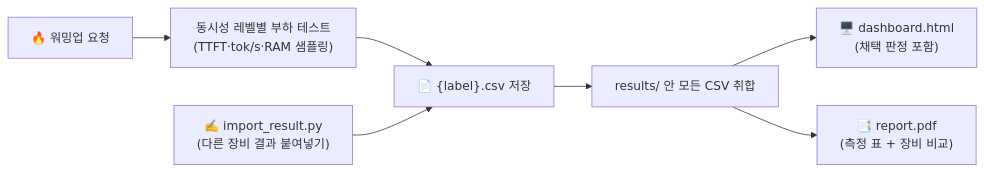
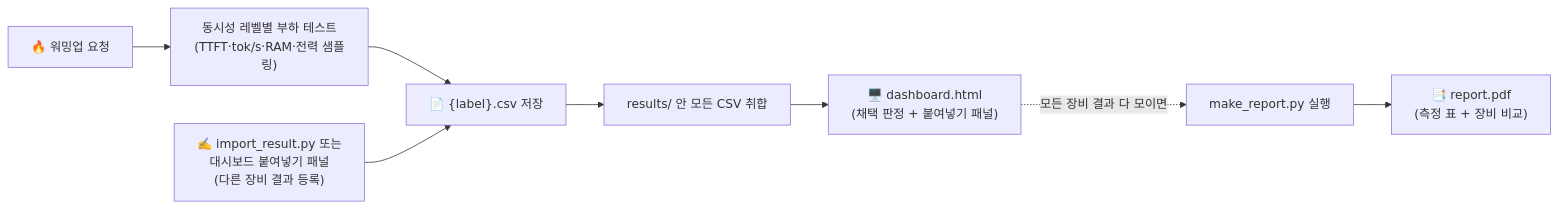
One commit to hongseongug812-ui/llm-bench-dashboard changed the diagram in README.md. Above: the diagram before and after it, drawn with Mermaid. The commit also changed other lines of this file and 3 other files, not shown here.

First line of the commit message:
Make report.pdf generation an explicit step instead of automatic

````diff
--- a/README.md
+++ b/README.md
@@ -218,9 +236,10 @@
 ```mermaid
 flowchart LR
-    A["🔥 워밍업 요청"] --> B["동시성 레벨별 부하 테스트<br/>(TTFT·tok/s·RAM 샘플링)"]
+    A["🔥 워밍업 요청"] --> B["동시성 레벨별 부하 테스트<br/>(TTFT·tok/s·RAM·전력 샘플링)"]
     B --> C["📄 {label}.csv 저장"]
-    C2["✍️ import_result.py<br/>(다른 장비 결과 붙여넣기)"] --> C
+    C2["✍️ import_result.py 또는<br/>대시보드 붙여넣기 패널<br/>(다른 장비 결과 등록)"] --> C
     C --> D["results/ 안 모든 CSV 취합"]
-    D --> E["🖥️ dashboard.html<br/>(채택 판정 포함)"]
-    D --> F["📑 report.pdf<br/>(측정 표 + 장비 비교)"]
+    D --> E["🖥️ dashboard.html<br/>(채택 판정 + 붙여넣기 패널)"]
+    E -.모든 장비 결과 다 모이면.-> G["make_report.py 실행"]
+    G --> F["📑 report.pdf<br/>(측정 표 + 장비 비교)"]
 ```
````
